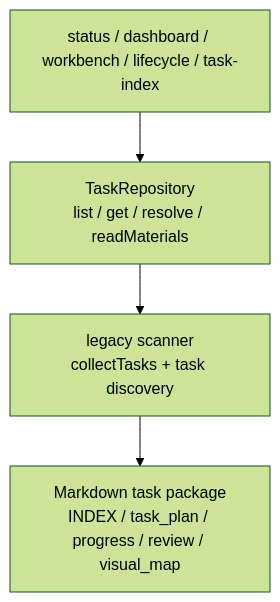
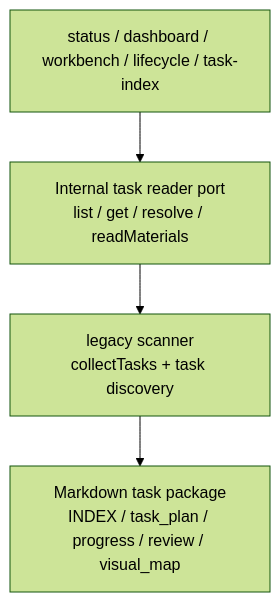
One commit to FairladyZ625/coding-agent-harness changed the fourth of 7 diagrams in docs-release/architecture/system-explainer/en-US/02-module-dependency.md. Above: the diagram before and after it, drawn with Mermaid (forest theme). The commit also changed other lines of this file and 8 other files, not shown here.

Commit message:
docs(architecture): align release docs with retired package surface

````diff
--- a/docs-release/architecture/system-explainer/en-US/02-module-dependency.md
+++ b/docs-release/architecture/system-explainer/en-US/02-module-dependency.md
@@ -75,11 +75,11 @@
 ```mermaid
 flowchart TD
   Consumer["status / dashboard / workbench / lifecycle / task-index"]
-  Repo["TaskRepository\nlist / get / resolve / readMaterials"]
+  Repo["Internal task reader port\nlist / get / resolve / readMaterials"]
   Scanner["legacy scanner\ncollectTasks + task discovery"]
   Files["Markdown task package\nINDEX / task_plan / progress / review / visual_map"]
 
   Consumer --> Repo
   Repo --> Scanner
   Scanner --> Files
 ```
````
